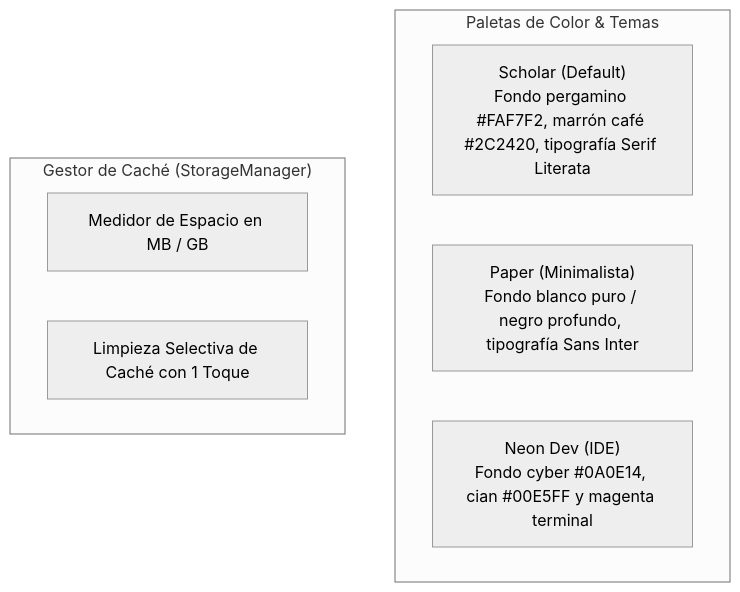
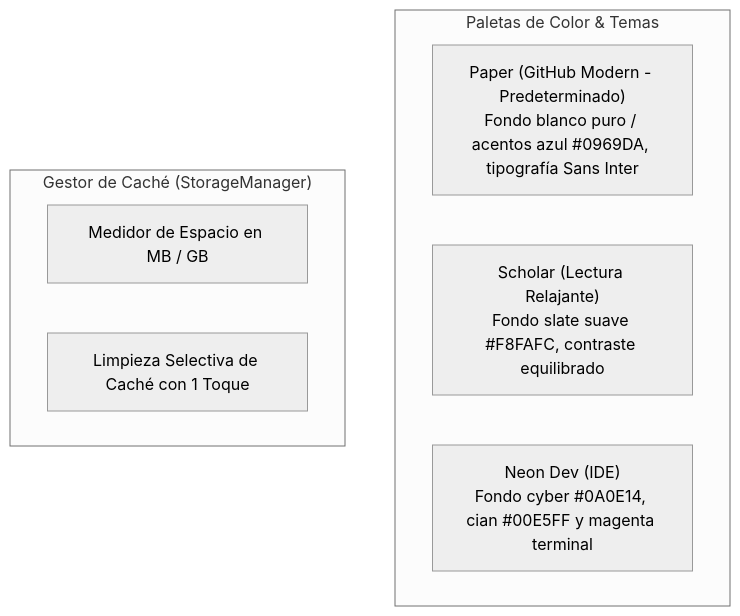
The diagram in docs/es/user-guide/settings.md (laralbir/md-gh-navigator), drawn with Mermaid (neutral theme) before and after one commit. The commit also changed other lines of this file and 33 other files, not shown here.

Commit message:
docs: modernize all screenshots, diagrams, and store assets to GitHub Paper theme

````diff
--- a/docs/es/user-guide/settings.md
+++ b/docs/es/user-guide/settings.md
@@ -7,13 +7,13 @@
 ```mermaid
 flowchart TD
     subgraph Temas["Paletas de Color & Temas"]
-        Scholar["Scholar (Default)<br/>Fondo pergamino #FAF7F2, marrón café #2C2420, tipografía Serif Literata"]
-        Paper["Paper (Minimalista)<br/>Fondo blanco puro / negro profundo, tipografía Sans Inter"]
+        Paper["Paper (GitHub Modern - Predeterminado)<br/>Fondo blanco puro / acentos azul #0969DA, tipografía Sans Inter"]
+        Scholar["Scholar (Lectura Relajante)<br/>Fondo slate suave #F8FAFC, contraste equilibrado"]
         Neon["Neon Dev (IDE)<br/>Fondo cyber #0A0E14, cian #00E5FF y magenta terminal"]
     end
 
     subgraph Almacenamiento["Gestor de Caché (StorageManager)"]
         Size["Medidor de Espacio en MB / GB"]
         Clear["Limpieza Selectiva de Caché con 1 Toque"]
     end
 ```
````
